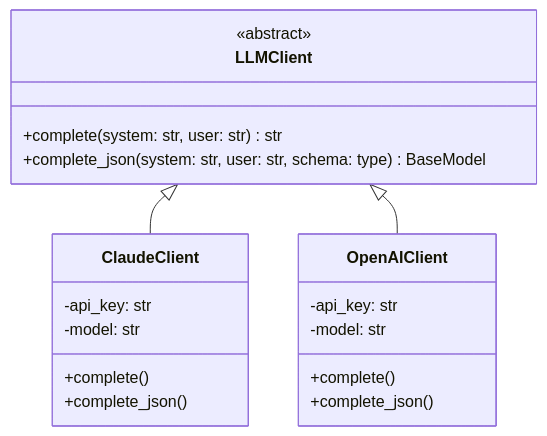
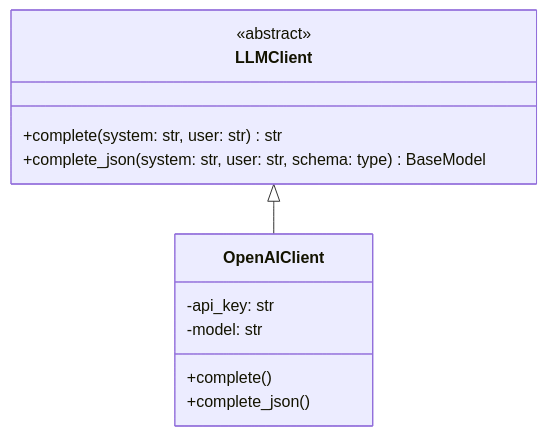
Before and after one commit to Szy5/ResearchWorkSpace: the ninth of 15 diagrams in docs/Paper-Wiki 技术方案_v1.md, drawn with Mermaid. The commit also changed other lines of this file and 32 other files, not shown here.

Commit message:
Update project configuration and documentation: Added Neo4j and PyMuPDF dependencies, improved .gitignore, and enhanced AGENTS.md for documentation maintenance. Updated README for clarity and added new CLI commands for graph planning and ingestion of multiple papers.

````diff
--- a/docs/Paper-Wiki 技术方案_v1.md
+++ b/docs/Paper-Wiki 技术方案_v1.md
@@ -449,22 +473,15 @@
 ```mermaid
 classDiagram
     class LLMClient {
         <<abstract>>
         +complete(system: str, user: str) str
         +complete_json(system: str, user: str, schema: type) BaseModel
     }
-    class ClaudeClient {
-        -api_key: str
-        -model: str
-        +complete()
-        +complete_json()
-    }
     class OpenAIClient {
         -api_key: str
         -model: str
         +complete()
         +complete_json()
     }
-    LLMClient <|-- ClaudeClient
     LLMClient <|-- OpenAIClient
 ```
````
